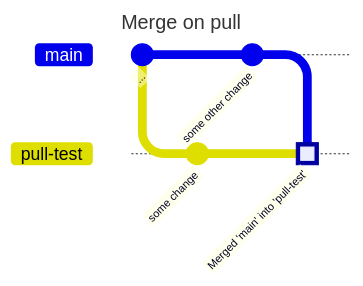
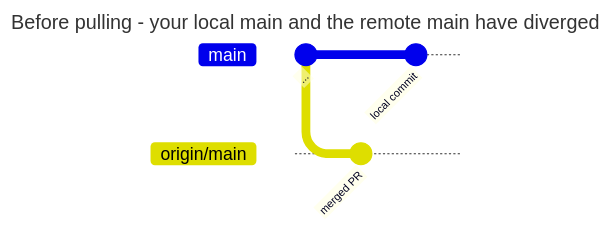
One commit to nerdschoolbergen/git changed the fifth of 7 diagrams in exercise-4/README.md. Above: the diagram before and after it, drawn with Mermaid. The commit also changed other lines of this file and 17 other files, not shown here.

````diff
--- a/exercise-4/README.md
+++ b/exercise-4/README.md
@@ -132,13 +152,11 @@
 ```mermaid
 ---
-title: Merge on pull
+title: Before pulling - your local main and the remote main have diverged
 ---
 gitGraph
    commit id: "..."
-   branch pull-test
-   commit id: "some change"
+   branch origin/main
+   commit id: "merged PR"
    checkout main
-   commit id: "some other change"
-   checkout pull-test
-   merge main type: HIGHLIGHT id: "Merged 'main' into 'pull-test'"
+   commit id: "local commit"
 ```
````
